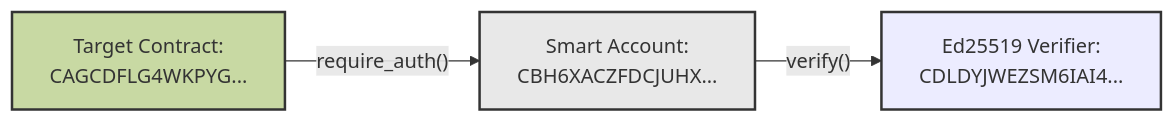
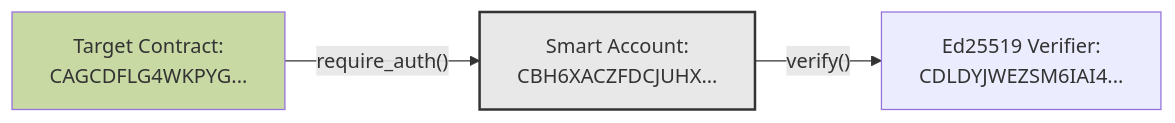
The third of 3 diagrams in content/stellar-contracts/accounts/signers-and-verifiers.mdx (OpenZeppelin/docs), drawn with Mermaid before and after one commit. The commit also changed other lines of this file and 3 other files, not shown here.

Commit message:
add mermaid charts and apply suggestions

````diff
--- a/content/stellar-contracts/accounts/signers-and-verifiers.mdx
+++ b/content/stellar-contracts/accounts/signers-and-verifiers.mdx
@@ -370,13 +370,13 @@
 ```mermaid
 graph LR
     V[Ed25519 Verifier:</br>CDLDYJWEZSM6IAI4...]
     SA1[Smart Account:</br>CBH6XACZFDCJUHX...]
     TC[Target Contract:</br>CAGCDFLG4WKPYG...]
     
     TC --> |"require_auth()"| SA1
     SA1 --> |"verify()"| V
     
-    style V fill:#16D9AA1,stroke:#333,stroke-width:2px
+    style V fill:#16D9AA1
     style SA1 fill:#E8E8E8,stroke:#333,stroke-width:2px
-    style TC fill:#C8D9A3,stroke:#333,stroke-width:2px
+    style TC fill:#C8D9A3
 ```
````
